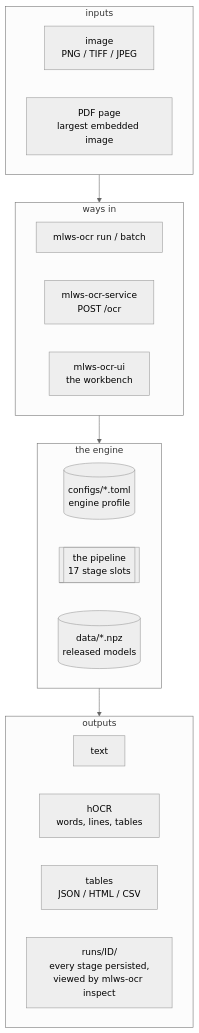
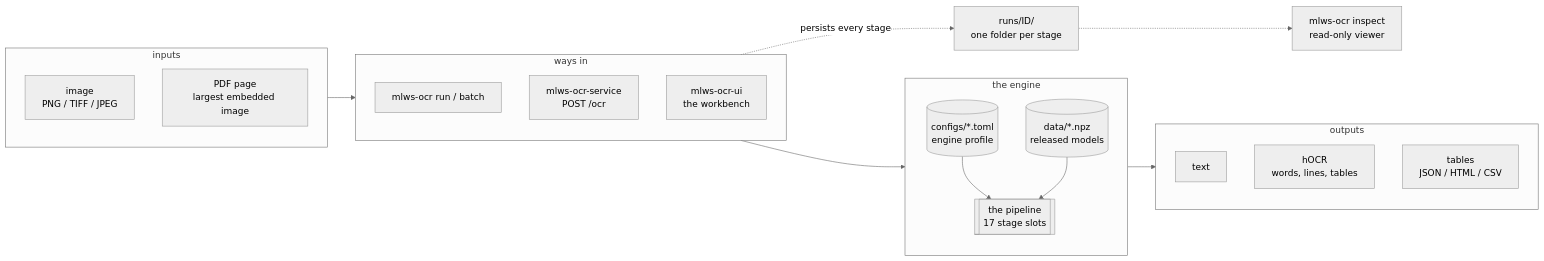
One commit to msharpe248/mlws-ocr changed the first of 13 diagrams in docs/ARCHITECTURE.md. Above: the diagram before and after it, drawn with Mermaid (neutral theme).

Commit message:
ARCHITECTURE.md: the system diagram back to its short left-to-right form (the owner's choice); the package map stays in columns
Claude-Session: https://claude.ai/code/session_015T2Wk64nQEYnP1PzVdZgeW

````diff
--- a/docs/ARCHITECTURE.md
+++ b/docs/ARCHITECTURE.md
@@ -30,28 +30,31 @@
 ```mermaid
-flowchart TB
+flowchart LR
     subgraph In["inputs"]
-        direction LR
+        direction TB
         IMG["image<br/>PNG / TIFF / JPEG"]
         PDF["PDF page<br/>largest embedded image"]
     end
     subgraph Doors["ways in"]
-        direction LR
+        direction TB
         CLI["mlws-ocr run / batch"]
         SVC["mlws-ocr-service<br/>POST /ocr"]
         UI["mlws-ocr-ui<br/>the workbench"]
     end
     subgraph Engine["the engine"]
-        direction LR
+        direction TB
         CFG[("configs/*.toml<br/>engine profile")]
         PIPE[["the pipeline<br/>17 stage slots"]]
         MOD[("data/*.npz<br/>released models")]
+        CFG --> PIPE
+        MOD --> PIPE
     end
     subgraph Out["outputs"]
-        direction LR
+        direction TB
         TXT["text"]
         HOCR["hOCR<br/>words, lines, tables"]
         TAB["tables<br/>JSON / HTML / CSV"]
-        RUN["runs/ID/<br/>every stage persisted,<br/>viewed by mlws-ocr inspect"]
     end
     In --> Doors --> Engine --> Out
+    CLI -.->|persists every stage| RUN["runs/ID/<br/>one folder per stage"]
+    RUN -.-> INSP["mlws-ocr inspect<br/>read-only viewer"]
 ```
````
